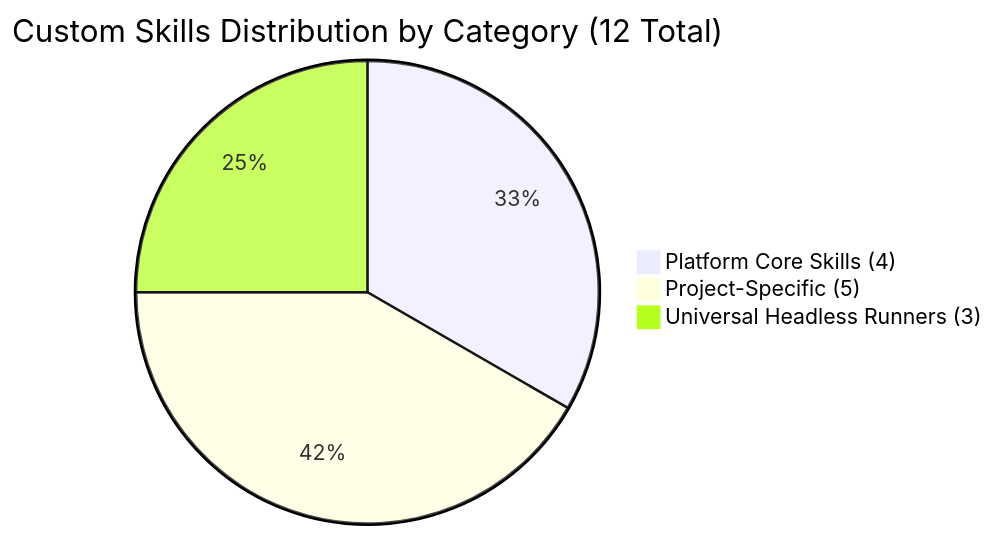
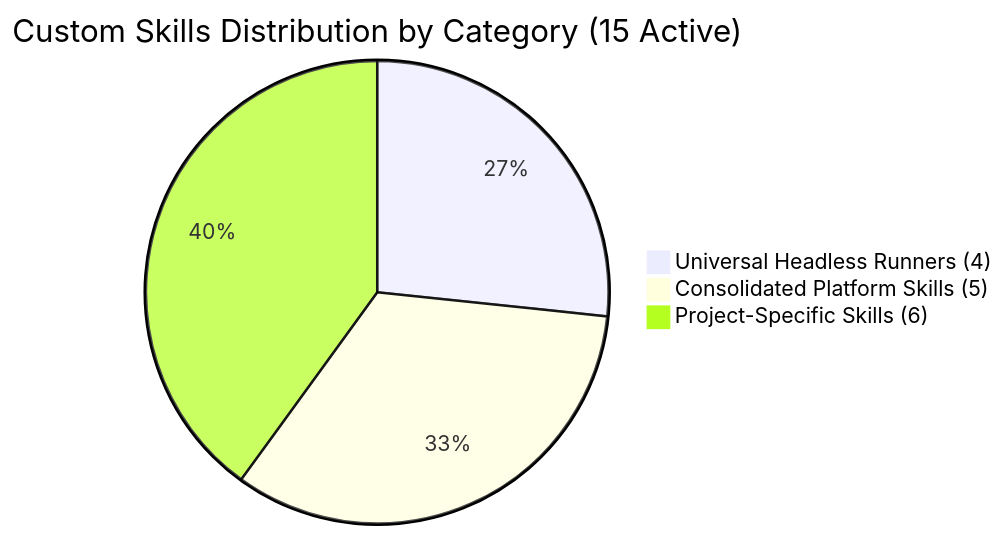
The diagram in docs/TAXONOMY.md (trishul-developers/trishul-skills), drawn with Mermaid before and after one commit. The commit also changed other lines of this file and 51 other files, not shown here.

Commit message:
release: v1.1.0 - fix headless, platform, project skills, deployer, validator, and test coverage

````diff
--- a/docs/TAXONOMY.md
+++ b/docs/TAXONOMY.md
@@ -9,6 +9,6 @@
 ```mermaid
-pie title Custom Skills Distribution by Category (12 Total)
-    "Platform Core Skills (4)" : 4
-    "Project-Specific (5)" : 5
-    "Universal Headless Runners (3)" : 3
+pie title Custom Skills Distribution by Category (15 Active)
+    "Universal Headless Runners (4)" : 4
+    "Consolidated Platform Skills (5)" : 5
+    "Project-Specific Skills (6)" : 6
 ```
````
